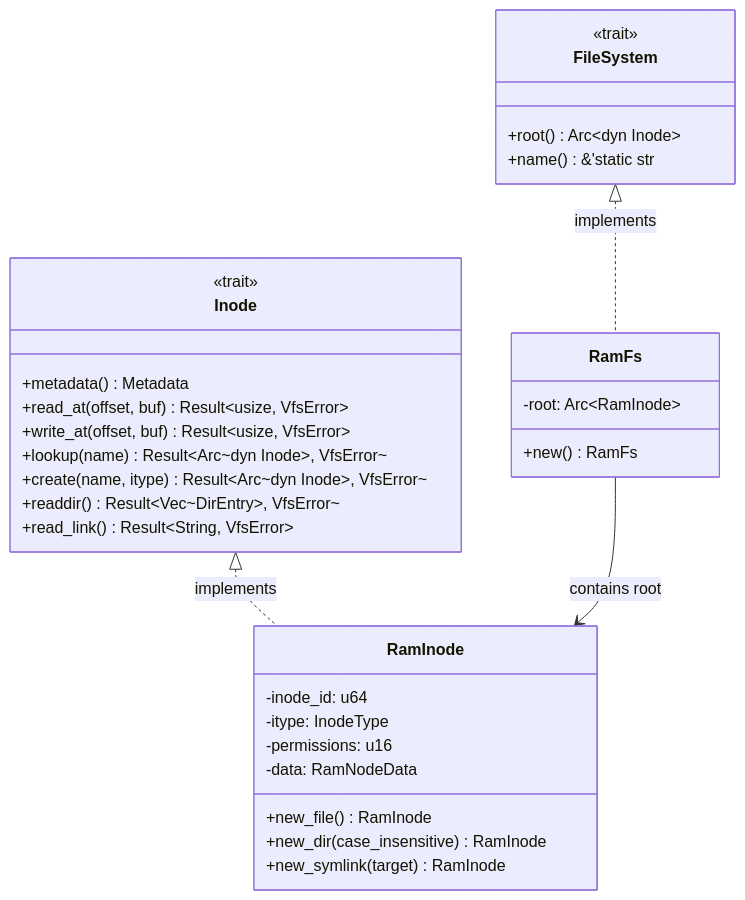
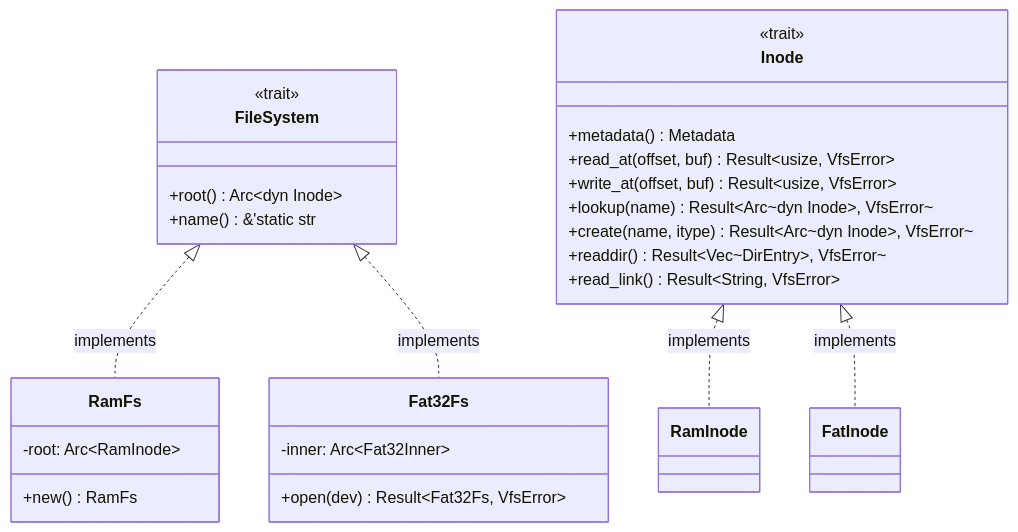
One commit to wunix-system/wunix-docs changed the second of 2 diagrams in architecture/vfs.ru.md. Above: the diagram before and after it, drawn with Mermaid. The commit also changed other lines of this file and 22 other files, not shown here.

````diff
--- a/architecture/vfs.ru.md
+++ b/architecture/vfs.ru.md
@@ -121,34 +115,30 @@
 ```mermaid
 classDiagram
     class FileSystem {
         <<trait>>
         +root() Arc~dyn Inode~
         +name() &'static str
     }
     class Inode {
         <<trait>>
         +metadata() Metadata
         +read_at(offset, buf) Result~usize, VfsError~
         +write_at(offset, buf) Result~usize, VfsError~
         +lookup(name) Result~Arc~dyn Inode~, VfsError~
         +create(name, itype) Result~Arc~dyn Inode~, VfsError~
         +readdir() Result~Vec~DirEntry~, VfsError~
         +read_link() Result~String, VfsError~
     }
     class RamFs {
         -root: Arc~RamInode~
         +new() RamFs
     }
-    class RamInode {
-        -inode_id: u64
-        -itype: InodeType
-        -permissions: u16
-        -data: RamNodeData
-        +new_file() RamInode
-        +new_dir(case_insensitive) RamInode
-        +new_symlink(target) RamInode
+    class Fat32Fs {
+        -inner: Arc~Fat32Inner~
+        +open(dev) Result~Fat32Fs, VfsError~
     }
     FileSystem <|.. RamFs : implements
+    FileSystem <|.. Fat32Fs : implements
     Inode <|.. RamInode : implements
-    RamFs --> RamInode : contains root
+    Inode <|.. FatInode : implements
 ```
````
